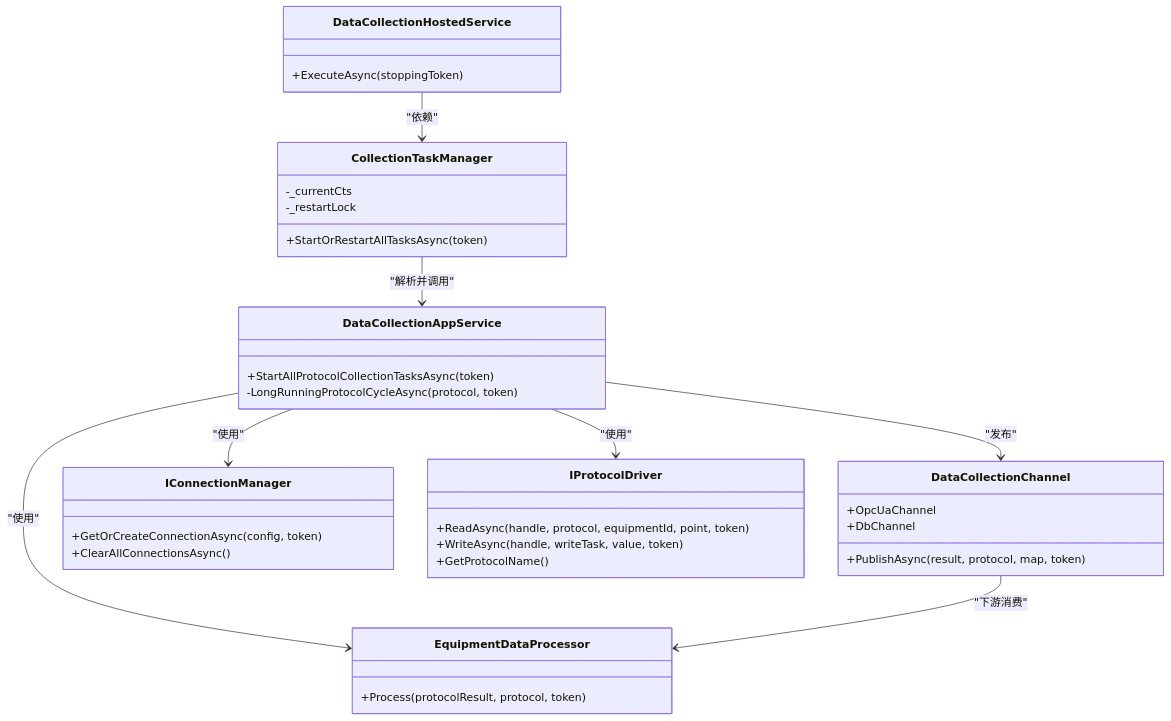
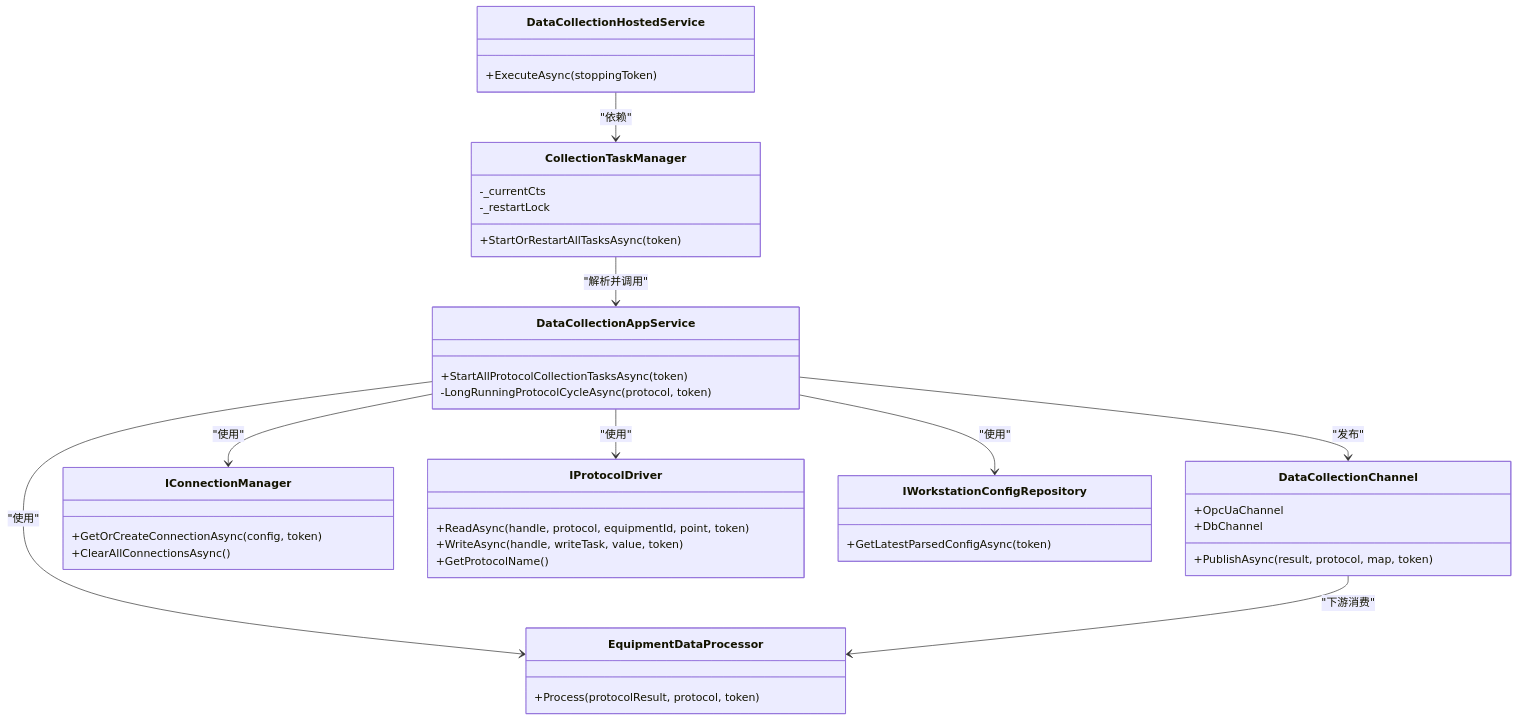
The sixth of 6 diagrams in .qoder/repowiki/zh/content/应用服务层/数据采集服务.md (whitemousetl/IndustrialDataSolution), drawn with Mermaid before and after one commit. The commit also changed other lines of this file and 18 other files, not shown here.

````diff
--- a/.qoder/repowiki/zh/content/应用服务层/数据采集服务.md
+++ b/.qoder/repowiki/zh/content/应用服务层/数据采集服务.md
@@ -354,39 +369,43 @@
 ```mermaid
 classDiagram
 class DataCollectionAppService {
 +StartAllProtocolCollectionTasksAsync(token)
 -LongRunningProtocolCycleAsync(protocol, token)
 }
 class CollectionTaskManager {
 +StartOrRestartAllTasksAsync(token)
 -_currentCts
 -_restartLock
 }
 class DataCollectionChannel {
 +OpcUaChannel
 +DbChannel
 +PublishAsync(result, protocol, map, token)
 }
 class EquipmentDataProcessor {
 +Process(protocolResult, protocol, token)
 }
 class IConnectionManager {
 +GetOrCreateConnectionAsync(config, token)
 +ClearAllConnectionsAsync()
 }
 class IProtocolDriver {
 +ReadAsync(handle, protocol, equipmentId, point, token)
 +WriteAsync(handle, writeTask, value, token)
 +GetProtocolName()
 }
 class DataCollectionHostedService {
 +ExecuteAsync(stoppingToken)
 }
+class IWorkstationConfigRepository {
++GetLatestParsedConfigAsync(token)
+}
 DataCollectionHostedService --> CollectionTaskManager : "依赖"
 CollectionTaskManager --> DataCollectionAppService : "解析并调用"
 DataCollectionAppService --> IConnectionManager : "使用"
 DataCollectionAppService --> IProtocolDriver : "使用"
 DataCollectionAppService --> EquipmentDataProcessor : "使用"
 DataCollectionAppService --> DataCollectionChannel : "发布"
+DataCollectionAppService --> IWorkstationConfigRepository : "使用"
 DataCollectionChannel --> EquipmentDataProcessor : "下游消费"
 ```
````
